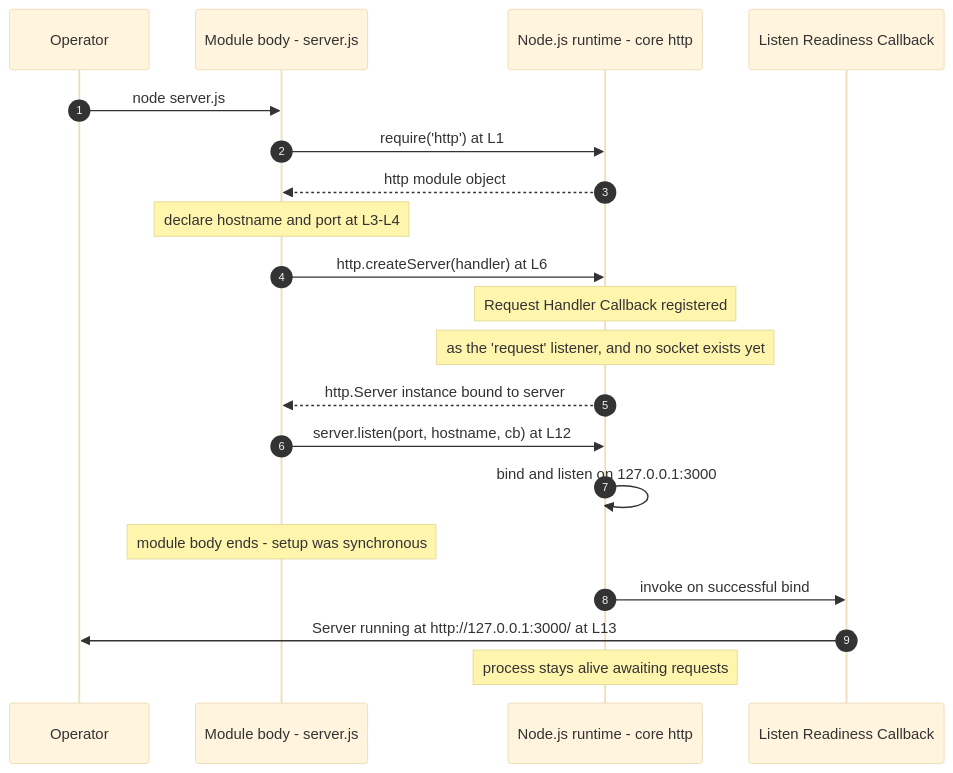
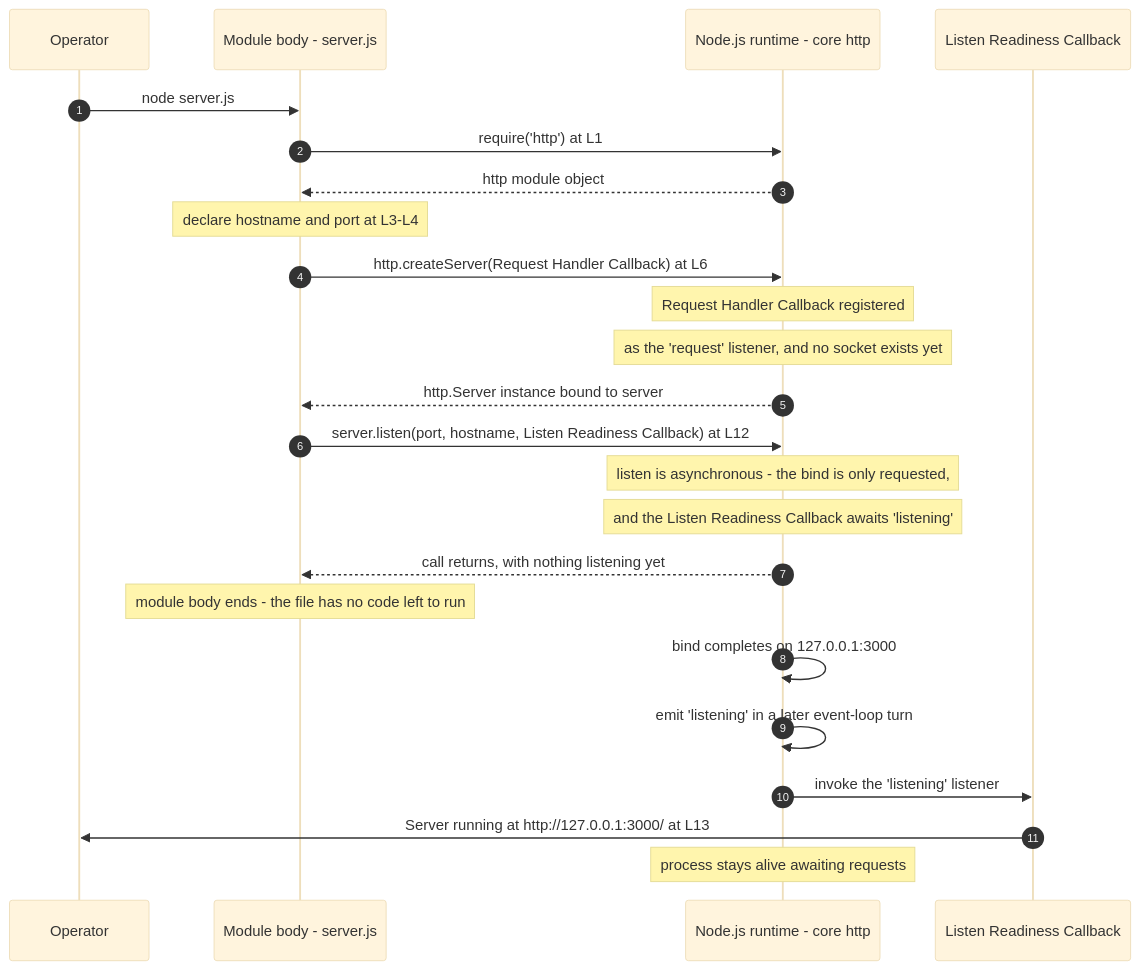
The second of 2 diagrams in docs/architecture/overview.md (ajitblitzy/Ajit_GH_Repo-12-Mar-26), drawn with Mermaid (base theme) before and after one commit. The commit also changed other lines of this file and 13 other files, not shown here.

First line of the commit message:
docs: correct the documented HTTP contract and add JSDoc to server.js

````diff
--- a/docs/architecture/overview.md
+++ b/docs/architecture/overview.md
@@ -248,22 +403,26 @@
 ```mermaid
 sequenceDiagram
     autonumber
     participant OP as Operator
     participant MB as Module body - server.js
     participant RT as Node.js runtime - core http
     participant LRC as Listen Readiness Callback
     OP->>MB: node server.js
     MB->>RT: require('http') at L1
     RT-->>MB: http module object
     Note over MB: declare hostname and port at L3-L4
-    MB->>RT: http.createServer(handler) at L6
+    MB->>RT: http.createServer(Request Handler Callback) at L6
     Note over RT: Request Handler Callback registered
     Note over RT: as the 'request' listener, and no socket exists yet
     RT-->>MB: http.Server instance bound to server
-    MB->>RT: server.listen(port, hostname, cb) at L12
-    RT->>RT: bind and listen on 127.0.0.1:3000
-    Note over MB: module body ends - setup was synchronous
-    RT->>LRC: invoke on successful bind
+    MB->>RT: server.listen(port, hostname, Listen Readiness Callback) at L12
+    Note over RT: listen is asynchronous - the bind is only requested,
+    Note over RT: and the Listen Readiness Callback awaits 'listening'
+    RT-->>MB: call returns, with nothing listening yet
+    Note over MB: module body ends - the file has no code left to run
+    RT->>RT: bind completes on 127.0.0.1:3000
+    RT->>RT: emit 'listening' in a later event-loop turn
+    RT->>LRC: invoke the 'listening' listener
     LRC->>OP: Server running at http://127.0.0.1:3000/ at L13
     Note over RT: process stays alive awaiting requests
 ```
````
